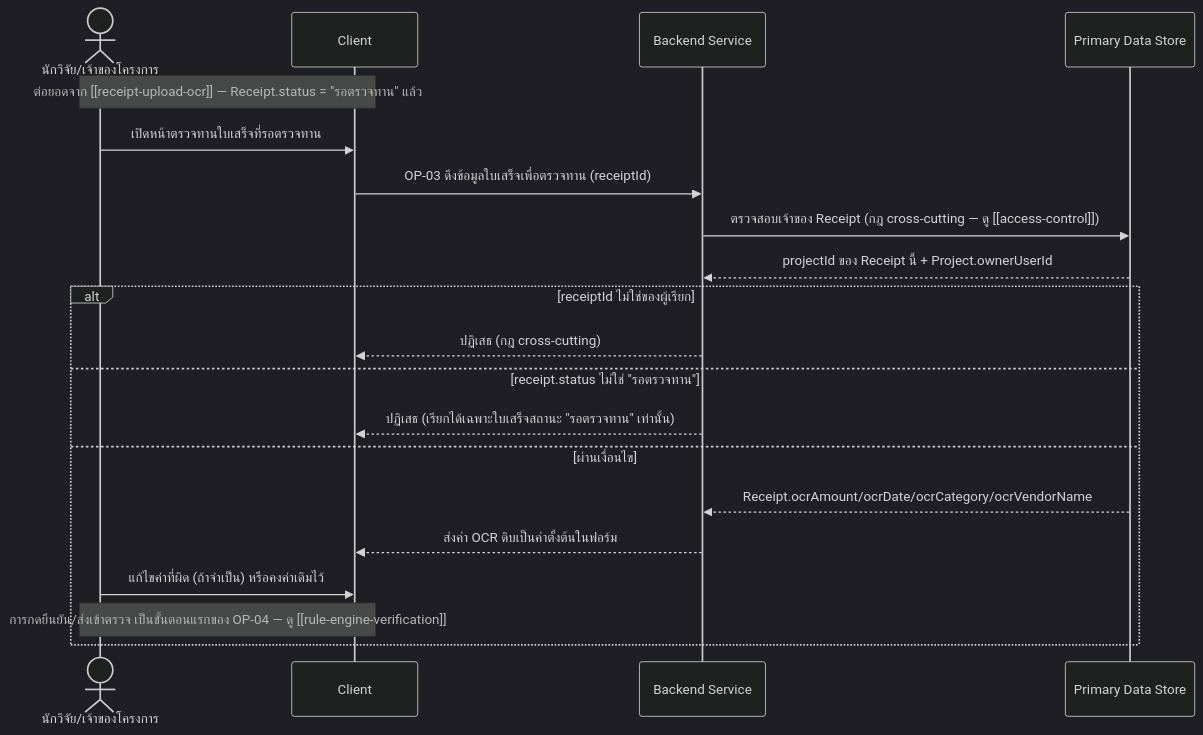
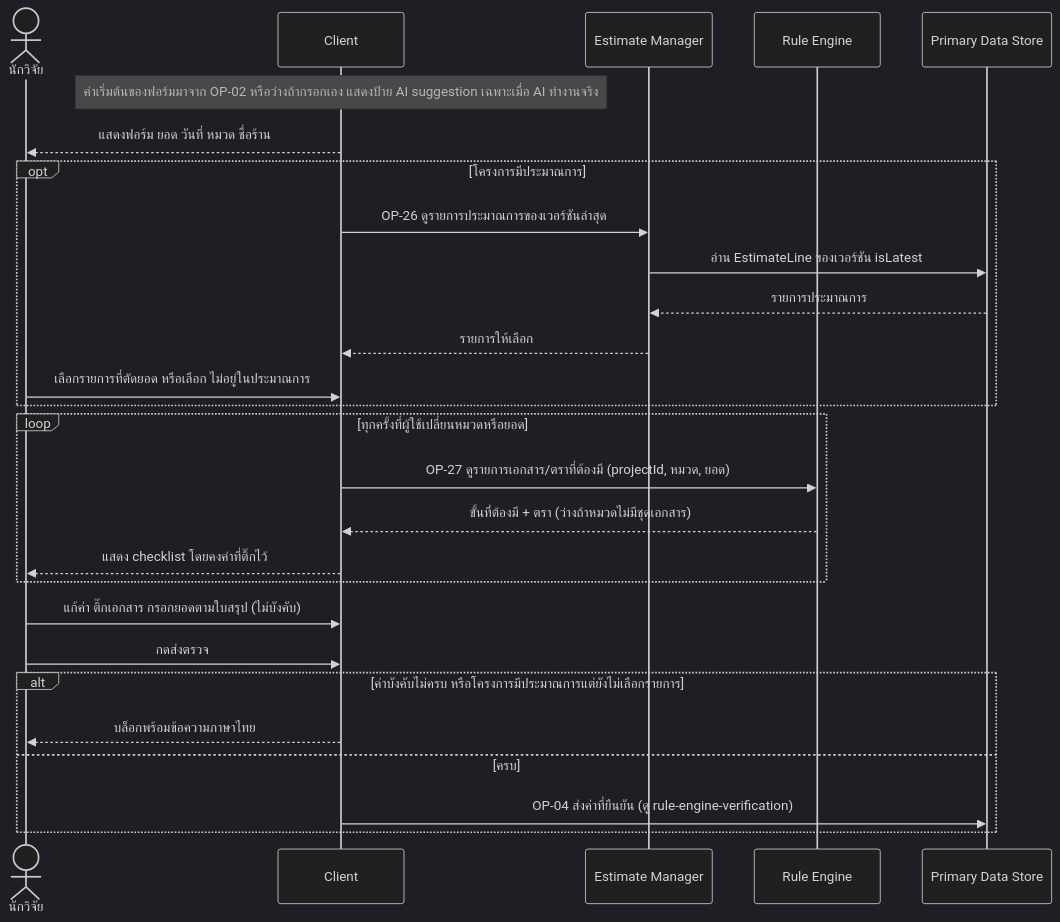
Before and after one commit to ptrsswnr/Grant-Receipt-Assistant: the first of 2 diagrams in docs/02-design/02-technical/detailed-design/review-edit-ocr-data.md, drawn with Mermaid (dark theme). The commit also changed other lines of this file and 27 other files, not shown here.

````diff
--- a/docs/02-design/02-technical/detailed-design/review-edit-ocr-data.md
+++ b/docs/02-design/02-technical/detailed-design/review-edit-ocr-data.md
@@ -29,23 +22,30 @@
 ```mermaid
 sequenceDiagram
-    actor R as นักวิจัย/เจ้าของโครงการ
+    actor R as นักวิจัย
     participant C as Client
-    participant B as Backend Service
+    participant EM as Estimate Manager
+    participant RE as Rule Engine
     participant DS as Primary Data Store
 
-    Note over R,C: ต่อยอดจาก [[receipt-upload-ocr]] — Receipt.status = "รอตรวจทาน" แล้ว
-    R->>C: เปิดหน้าตรวจทานใบเสร็จที่รอตรวจทาน
-    C->>B: OP-03 ดึงข้อมูลใบเสร็จเพื่อตรวจทาน (receiptId)
-    B->>DS: ตรวจสอบเจ้าของ Receipt (กฎ cross-cutting — ดู [[access-control]])
-    DS-->>B: projectId ของ Receipt นี้ + Project.ownerUserId
-    alt receiptId ไม่ใช่ของผู้เรียก
-        B-->>C: ปฏิเสธ (กฎ cross-cutting)
-    else receipt.status ไม่ใช่ "รอตรวจทาน"
-        B-->>C: ปฏิเสธ (เรียกได้เฉพาะใบเสร็จสถานะ "รอตรวจทาน" เท่านั้น)
-    else ผ่านเงื่อนไข
-        DS-->>B: Receipt.ocrAmount/ocrDate/ocrCategory/ocrVendorName
-        B-->>C: ส่งค่า OCR ดิบเป็นค่าตั้งต้นในฟอร์ม
-        R->>C: แก้ไขค่าที่ผิด (ถ้าจำเป็น) หรือคงค่าเดิมไว้
-        Note over C,R: การกดยืนยัน/ส่งเข้าตรวจ เป็นขั้นตอนแรกของ OP-04 — ดู [[rule-engine-verification]]
+    Note over C: ค่าเริ่มต้นของฟอร์มมาจาก OP-02 หรือว่างถ้ากรอกเอง แสดงป้าย AI suggestion เฉพาะเมื่อ AI ทำงานจริง
+    C-->>R: แสดงฟอร์ม ยอด วันที่ หมวด ชื่อร้าน
+    opt โครงการมีประมาณการ
+        C->>EM: OP-26 ดูรายการประมาณการของเวอร์ชันล่าสุด
+        EM->>DS: อ่าน EstimateLine ของเวอร์ชัน isLatest
+        DS-->>EM: รายการประมาณการ
+        EM-->>C: รายการให้เลือก
+        R->>C: เลือกรายการที่ตัดยอด หรือเลือก ไม่อยู่ในประมาณการ
+    end
+    loop ทุกครั้งที่ผู้ใช้เปลี่ยนหมวดหรือยอด
+        C->>RE: OP-27 ดูรายการเอกสาร/ตราที่ต้องมี (projectId, หมวด, ยอด)
+        RE-->>C: ขั้นที่ต้องมี + ตรา (ว่างถ้าหมวดไม่มีชุดเอกสาร)
+        C-->>R: แสดง checklist โดยคงค่าที่ติ๊กไว้
+    end
+    R->>C: แก้ค่า ติ๊กเอกสาร กรอกยอดตามใบสรุป (ไม่บังคับ)
+    R->>C: กดส่งตรวจ
+    alt ค่าบังคับไม่ครบ หรือโครงการมีประมาณการแต่ยังไม่เลือกรายการ
+        C-->>R: บล็อกพร้อมข้อความภาษาไทย
+    else ครบ
+        C->>DS: OP-04 ส่งค่าที่ยืนยัน (ดู rule-engine-verification)
     end
 ```
````
